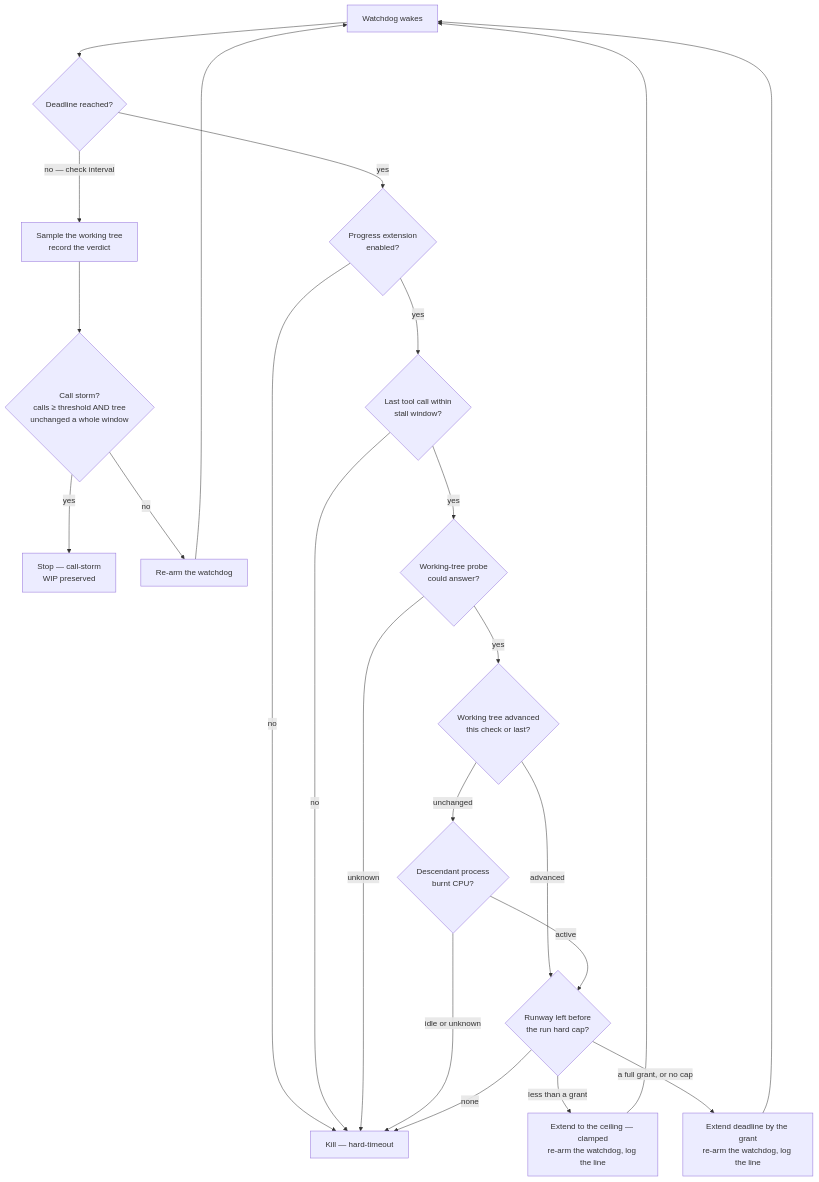
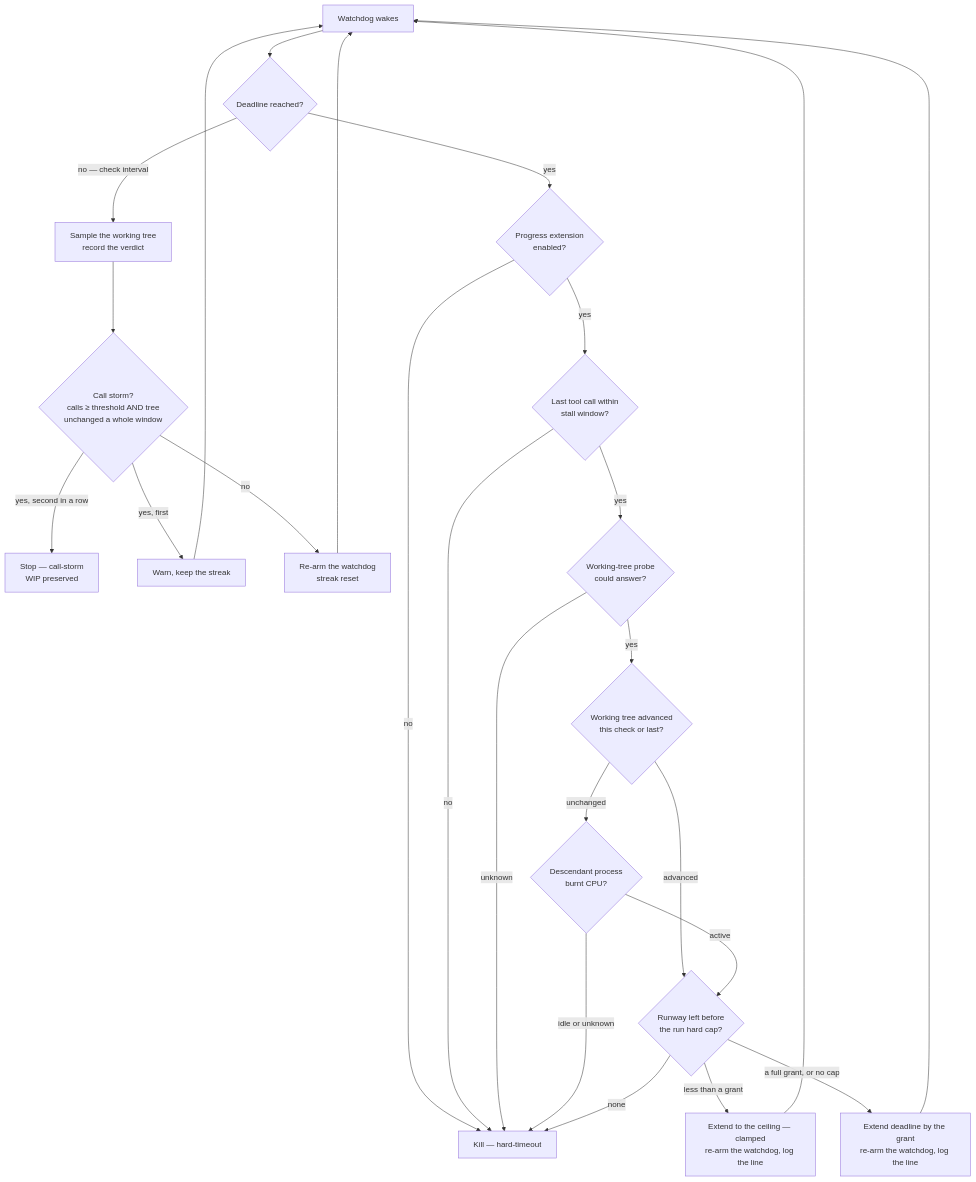
Before and after one commit to stSoftwareAU/VibeCoder: diagram 13 of 22 in docs/CONFIGURATION.md, drawn with Mermaid. The commit also changed other lines of this file and 12 other files, not shown here.

First line of the commit message:
Narrow the call-storm guard after review (Issue #2230)

````diff
--- a/docs/CONFIGURATION.md
+++ b/docs/CONFIGURATION.md
@@ -2318,25 +2318,27 @@
 ```mermaid
 flowchart TD
     W[Watchdog wakes] --> I{Deadline reached?}
     I -->|no — check interval| S[Sample the working tree<br/>record the verdict]
     S --> P{Call storm?<br/>calls ≥ threshold AND tree<br/>unchanged a whole window}
-    P -->|yes| KS[Stop — call-storm<br/>WIP preserved]
-    P -->|no| RA[Re-arm the watchdog]
+    P -->|yes, second in a row| KS[Stop — call-storm<br/>WIP preserved]
+    P -->|yes, first| RW[Warn, keep the streak]
+    P -->|no| RA[Re-arm the watchdog<br/>streak reset]
+    RW --> W
     RA --> W
     I -->|yes| B{Progress extension<br/>enabled?}
     B -->|no| K[Kill — hard-timeout]
     B -->|yes| C{Last tool call within<br/>stall window?}
     C -->|no| K
     C -->|yes| U{Working-tree probe<br/>could answer?}
     U -->|unknown| K
     U -->|yes| D{Working tree advanced<br/>this check or last?}
     D -->|advanced| F{Runway left before<br/>the run hard cap?}
     D -->|unchanged| X{Descendant process<br/>burnt CPU?}
     X -->|idle or unknown| K
     X -->|active| F
     F -->|none| K
     F -->|less than a grant| G[Extend to the ceiling — clamped<br/>re-arm the watchdog, log the line]
     F -->|a full grant, or no cap| E[Extend deadline by the grant<br/>re-arm the watchdog, log the line]
     E --> W
     G --> W
 ```
````
